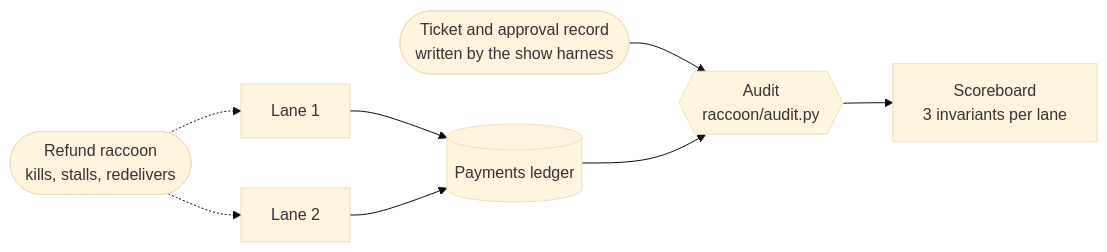
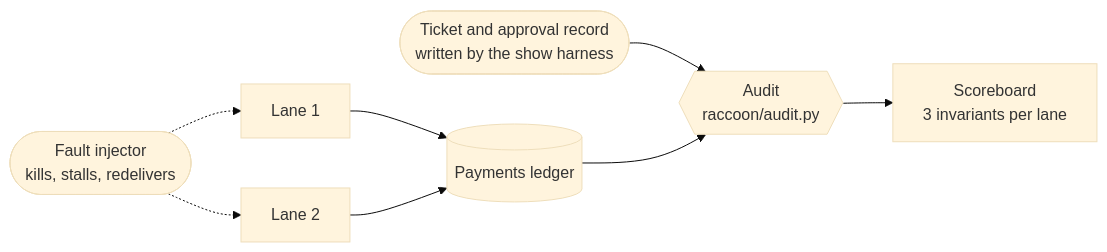
One commit to agileresearchservices/paid-once changed the fourth of 5 diagrams in docs/architecture.md. Above: the diagram before and after it, drawn with Mermaid (base theme). The commit also changed 20 other files, not shown here.

First line of the commit message:
Show UI: architecture diagram, side-by-side page, and server guards (#9)

````diff
--- a/docs/architecture.md
+++ b/docs/architecture.md
@@ -102,10 +102,10 @@
 ```mermaid
 flowchart LR
-    Raccoon([Refund raccoon<br/>kills, stalls, redelivers]) -.-> Lane1[Lane 1]
-    Raccoon -.-> Lane2[Lane 2]
+    Faults([Fault injector<br/>kills, stalls, redelivers]) -.-> Lane1[Lane 1]
+    Faults -.-> Lane2[Lane 2]
     Lane1 --> Ledger[(Payments ledger)]
     Lane2 --> Ledger
     Intake([Ticket and approval record<br/>written by the show harness]) --> Audit
     Ledger --> Audit{{"Audit<br/>raccoon/audit.py"}}
     Audit --> Board["Scoreboard<br/>3 invariants per lane"]
 ```
````
